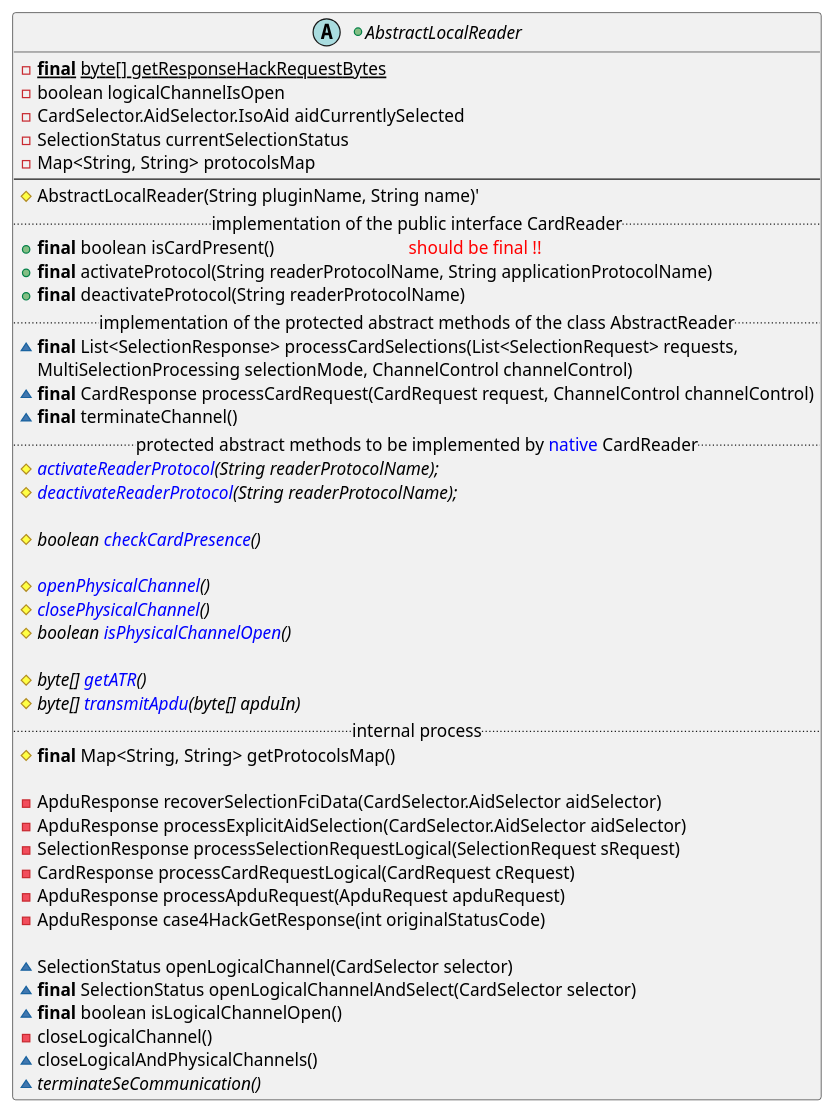
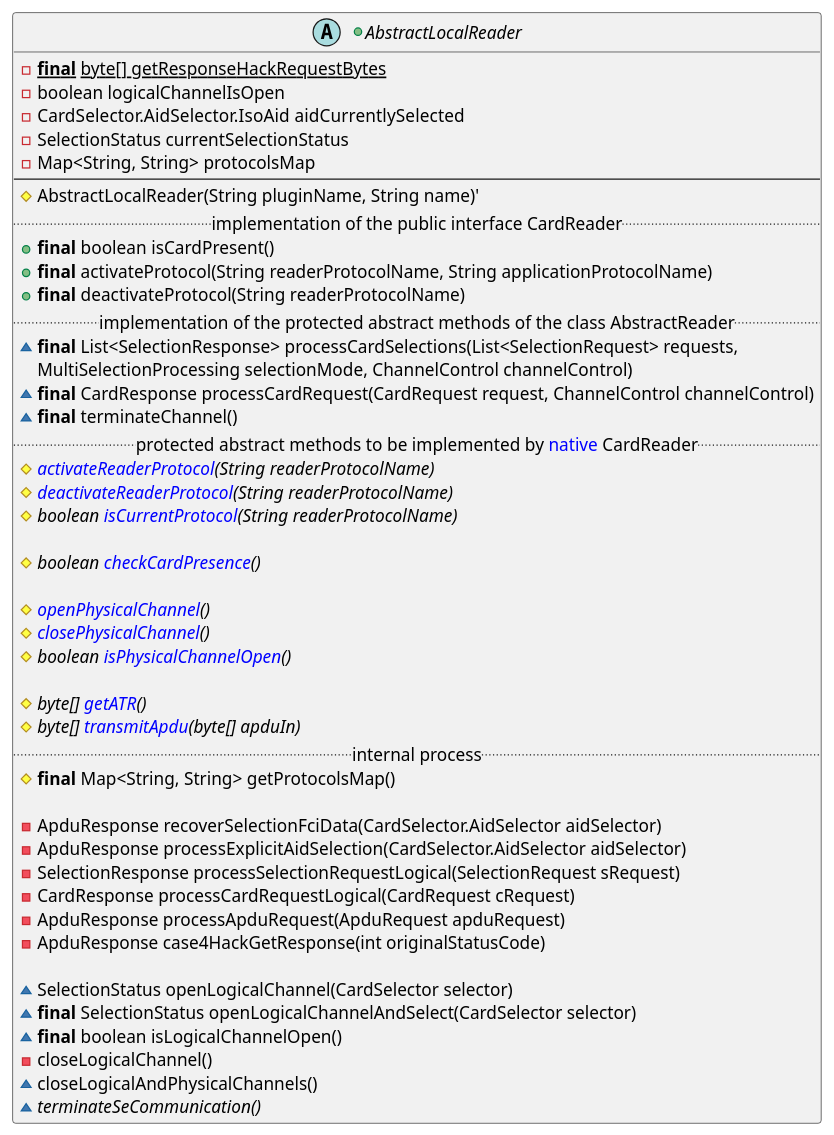
Before and after one commit to calypsonet/keyple: the ninth of 11 diagrams in src/KeypleCoreApi/puml/KeypleCore_Plugin_ClassDiag_ClassElements.iuml, drawn with PlantUML. The commit also changed 4 other files, not shown here.

```diff
--- a/src/KeypleCoreApi/puml/KeypleCore_Plugin_ClassDiag_ClassElements.iuml
+++ b/src/KeypleCoreApi/puml/KeypleCore_Plugin_ClassDiag_ClassElements.iuml
@@ -140,51 +140,52 @@
 @startuml(id=PLUGIN_LOCALREADER_1_0_0)
 +abstract AbstractLocalReader {
   -{static}<b>final</b> byte[] getResponseHackRequestBytes
   -boolean logicalChannelIsOpen
   -CardSelector.AidSelector.IsoAid aidCurrentlySelected
   -SelectionStatus currentSelectionStatus
 '  -long before
   -Map<String, String> protocolsMap
   --
   #AbstractLocalReader(String pluginName, String name)'
   .. implementation of the public interface CardReader ..
-  +<b>final</b> boolean isCardPresent()                              <color:red>should be final !!</color>
+  +<b>final</b> boolean isCardPresent()
   +<b>final</b> activateProtocol(String readerProtocolName, String applicationProtocolName)
   +<b>final</b> deactivateProtocol(String readerProtocolName)
 '
   .. implementation of the protected abstract methods of the class AbstractReader ..
     ~<b>final</b> List<SelectionResponse> processCardSelections(List<SelectionRequest> requests,
       MultiSelectionProcessing selectionMode, ChannelControl channelControl)
     ~<b>final</b> CardResponse processCardRequest(CardRequest request, ChannelControl channelControl)
     ~<b>final</b> terminateChannel()
 '
   .. protected abstract methods to be implemented by <color:blue>native</color> CardReader ..
-  #{abstract} <color:blue>activateReaderProtocol</color>(String readerProtocolName);
-  #{abstract} <color:blue>deactivateReaderProtocol</color>(String readerProtocolName);
+  #{abstract} <color:blue>activateReaderProtocol</color>(String readerProtocolName)
+  #{abstract} <color:blue>deactivateReaderProtocol</color>(String readerProtocolName)
+  #{abstract} boolean <color:blue>isCurrentProtocol</color>(String readerProtocolName)
 
   #{abstract} boolean <color:blue>checkCardPresence</color>()
 
   #{abstract} <color:blue>openPhysicalChannel</color>()
   #{abstract} <color:blue>closePhysicalChannel</color>()
   #{abstract} boolean <color:blue>isPhysicalChannelOpen</color>()
 
   #{abstract} byte[] <color:blue>getATR</color>()
   #{abstract} byte[] <color:blue>transmitApdu</color>(byte[] apduIn)
   .. internal process ..
   #<b>final</b> Map<String, String> getProtocolsMap()
 
   -ApduResponse recoverSelectionFciData(CardSelector.AidSelector aidSelector)
   -ApduResponse processExplicitAidSelection(CardSelector.AidSelector aidSelector)
   -SelectionResponse processSelectionRequestLogical(SelectionRequest sRequest)
   -CardResponse processCardRequestLogical(CardRequest cRequest)
   -ApduResponse processApduRequest(ApduRequest apduRequest)
   -ApduResponse case4HackGetResponse(int originalStatusCode)
 
   ~SelectionStatus openLogicalChannel(CardSelector selector)
   ~<b>final</b> SelectionStatus openLogicalChannelAndSelect(CardSelector selector)
   ~<b>final</b> boolean isLogicalChannelOpen()
   -closeLogicalChannel()
   ~closeLogicalAndPhysicalChannels()
   ~{abstract} terminateSeCommunication()
 }
 @enduml
```
